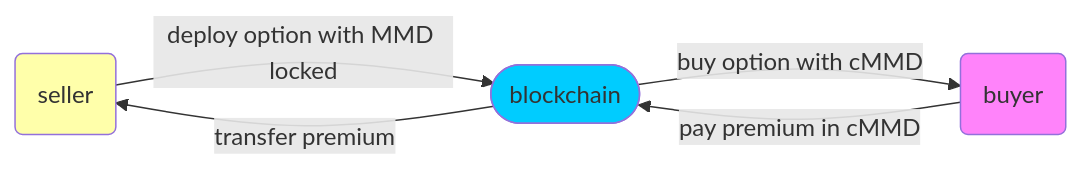
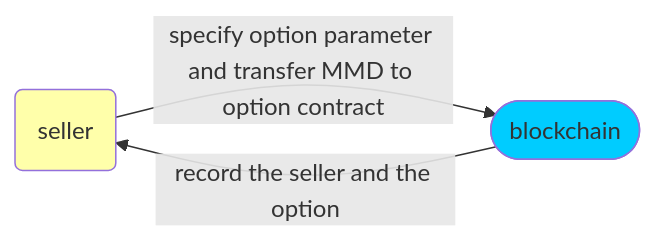
Before and after one commit to Joe-Bradley/S_K: the first of 6 diagrams in README.md, drawn with Mermaid. The commit also changed other lines of this file and 33 other files, not shown here.

````diff
--- a/README.md
+++ b/README.md
@@ -17,11 +11,9 @@
 ```mermaid
 graph LR
-a(seller):::class1 --> |deploy option with MMD locked|b([blockchain]):::class2
-b --> |buy option with cMMD|c(buyer):::class4
-c-->|pay premium in cMMD|b
-b -->|transfer premium|a
+a(seller):::class1 --> |specify option parameter and transfer MMD to option contract|b([blockchain]):::class2
+b -->|record the seller and the option|a(seller):::class1
 classDef class1 fill:#ffaf;
 classDef class2 fill:#00ccff;
 classDef class3 fill:#ffe7ba;
 classDef class4 fill:#ff83fa;
 ```
````
